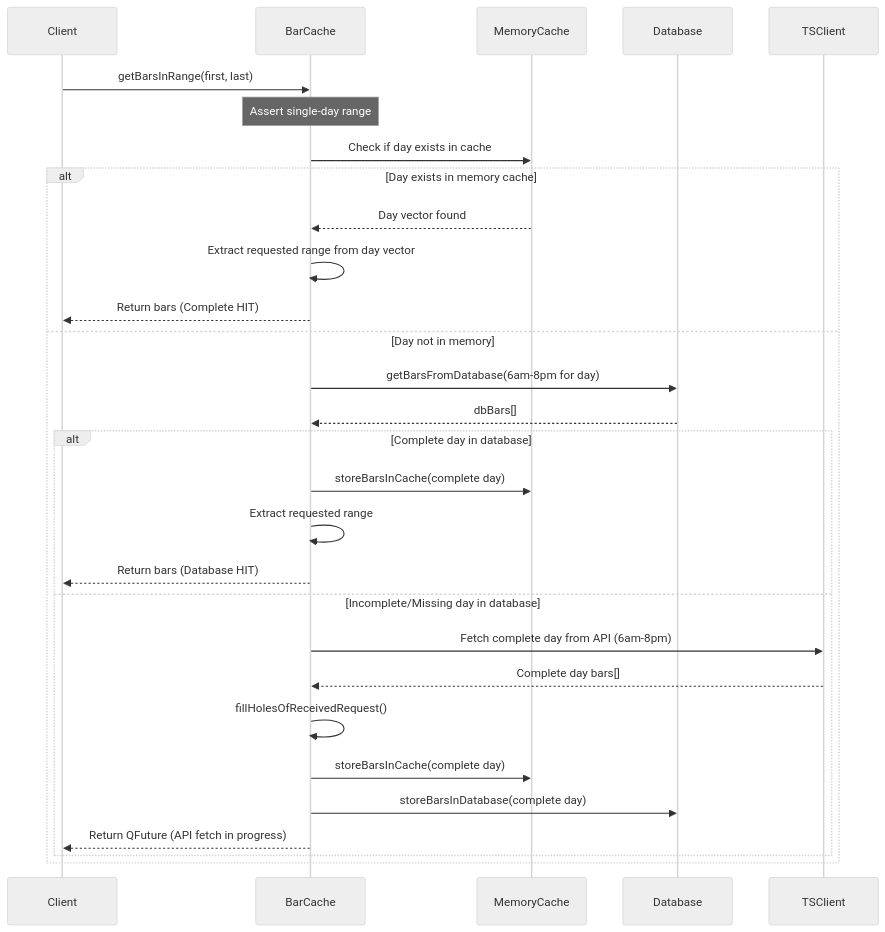
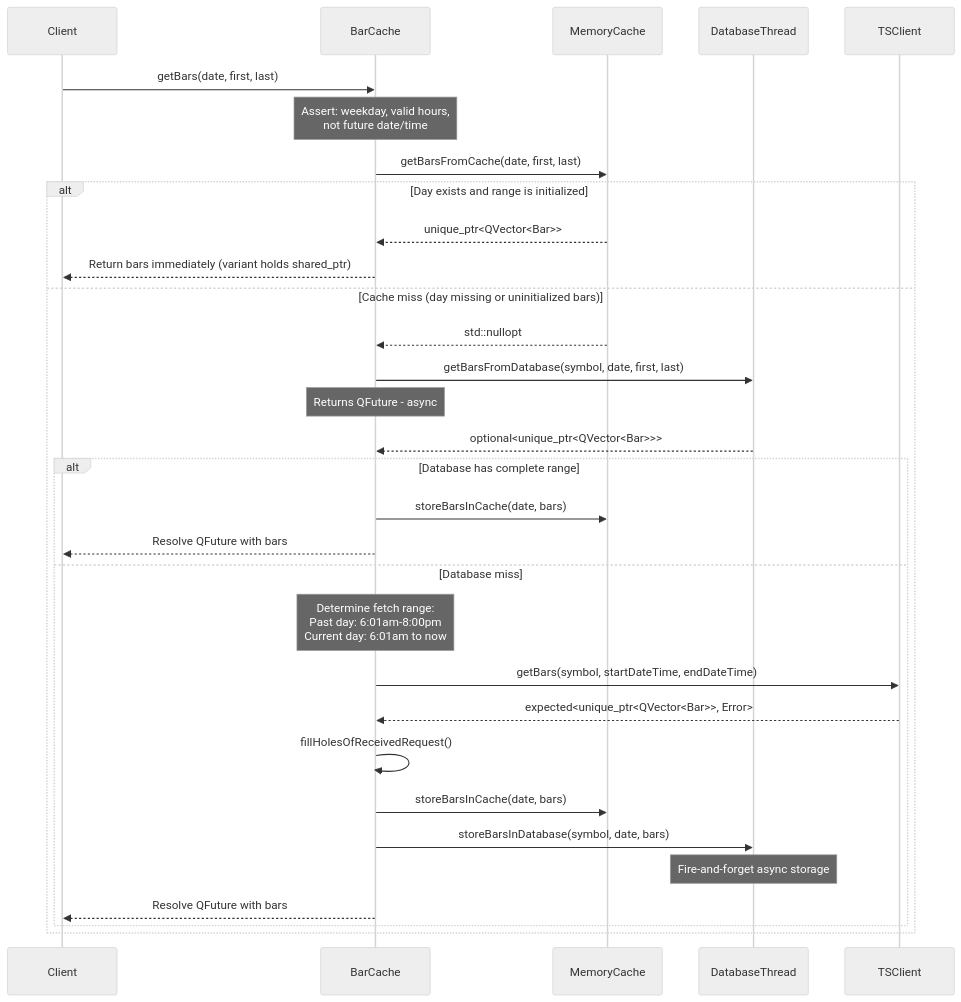
The third of 6 diagrams in Src/Core/Cache/BarCache/BarCache.md (simonbeaudoin0935/OpenTraderPlatform), drawn with Mermaid (neutral theme) before and after one commit. The commit also changed other lines of this file and 3 other files, not shown here.

````diff
--- a/Src/Core/Cache/BarCache/BarCache.md
+++ b/Src/Core/Cache/BarCache/BarCache.md
@@ -108,35 +134,42 @@
 ```mermaid
 sequenceDiagram
     participant Client
     participant BarCache
     participant MemoryCache
-    participant Database
+    participant DatabaseThread
     participant TSClient
 
-    Client->>BarCache: getBarsInRange(first, last)
-    Note over BarCache: Assert single-day range
+    Client->>BarCache: getBars(date, first, last)
+    Note over BarCache: Assert: weekday, valid hours,<br/>not future date/time
     
-    BarCache->>MemoryCache: Check if day exists in cache
+    BarCache->>MemoryCache: getBarsFromCache(date, first, last)
     
-    alt Day exists in memory cache
-        MemoryCache-->>BarCache: Day vector found
-        BarCache->>BarCache: Extract requested range from day vector
-        BarCache-->>Client: Return bars (Complete HIT)
-    else Day not in memory
-        BarCache->>Database: getBarsFromDatabase(6am-8pm for day)
-        Database-->>BarCache: dbBars[]
+    alt Day exists and range is initialized
+        MemoryCache-->>BarCache: unique_ptr<QVector<Bar>>
+        BarCache-->>Client: Return bars immediately (variant holds shared_ptr)
+    else Cache miss (day missing or uninitialized bars)
+        MemoryCache-->>BarCache: std::nullopt
         
-        alt Complete day in database
-            BarCache->>MemoryCache: storeBarsInCache(complete day)
-            BarCache->>BarCache: Extract requested range
-            BarCache-->>Client: Return bars (Database HIT)
-        else Incomplete/Missing day in database
-            BarCache->>TSClient: Fetch complete day from API (6am-8pm)
-            TSClient-->>BarCache: Complete day bars[]
+        BarCache->>DatabaseThread: getBarsFromDatabase(symbol, date, first, last)
+        Note over BarCache: Returns QFuture - async
+        
+        DatabaseThread-->>BarCache: optional<unique_ptr<QVector<Bar>>>
+        
+        alt Database has complete range
+            BarCache->>MemoryCache: storeBarsInCache(date, bars)
+            BarCache-->>Client: Resolve QFuture with bars
+        else Database miss
+            Note over BarCache: Determine fetch range:<br/>Past day: 6:01am-8:00pm<br/>Current day: 6:01am to now
+            
+            BarCache->>TSClient: getBars(symbol, startDateTime, endDateTime)
+            TSClient-->>BarCache: expected<unique_ptr<QVector<Bar>>, Error>
+            
             BarCache->>BarCache: fillHolesOfReceivedRequest()
-            BarCache->>MemoryCache: storeBarsInCache(complete day)
-            BarCache->>Database: storeBarsInDatabase(complete day)
-            BarCache-->>Client: Return QFuture (API fetch in progress)
+            BarCache->>MemoryCache: storeBarsInCache(date, bars)
+            BarCache->>DatabaseThread: storeBarsInDatabase(symbol, date, bars)
+            Note over DatabaseThread: Fire-and-forget async storage
+            
+            BarCache-->>Client: Resolve QFuture with bars
         end
     end
 ```
````
